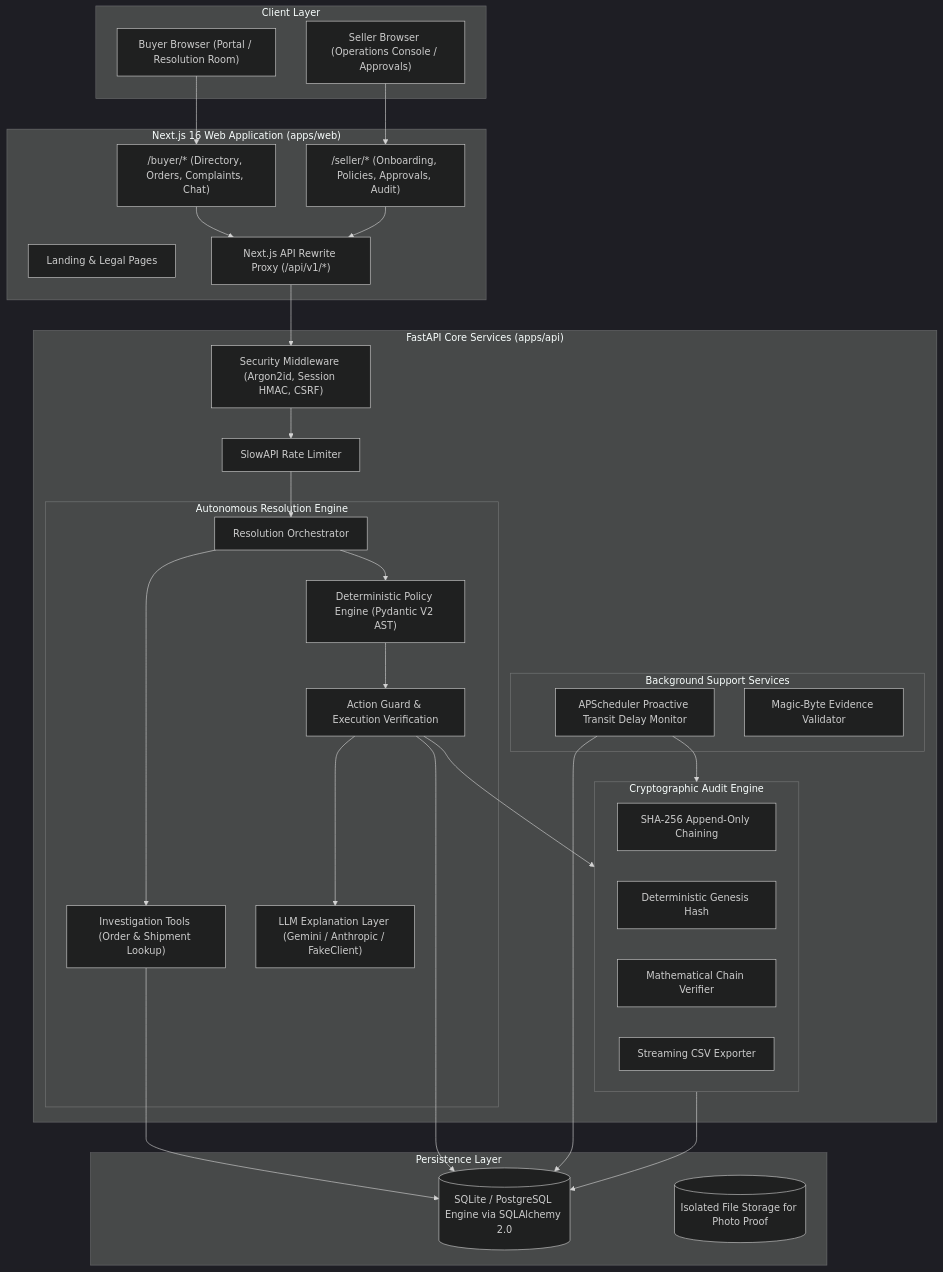
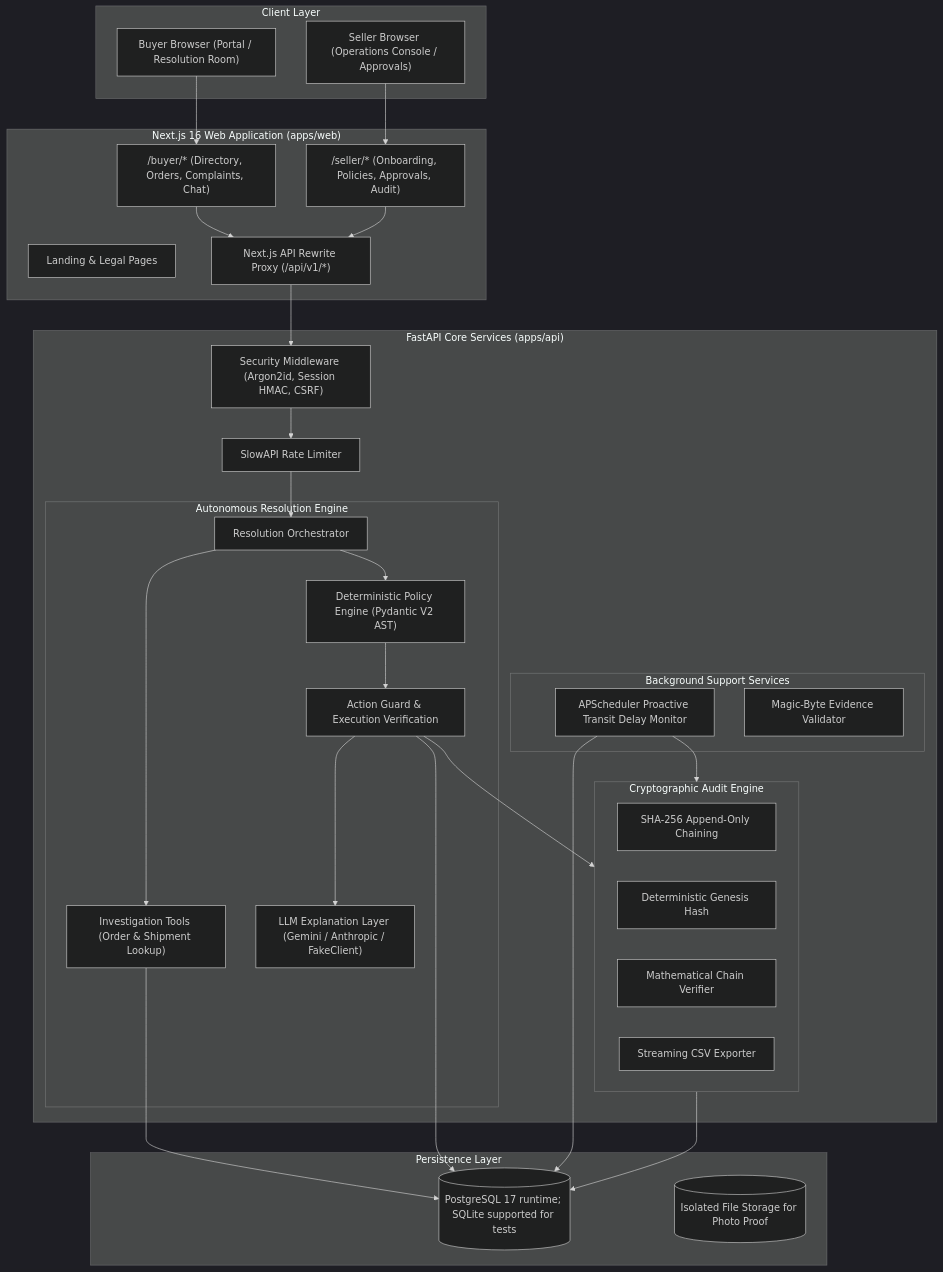
One commit to avinashsinghpal/AgentX_Hackathon changed the first of 2 diagrams in docs/architecture.md. Above: the diagram before and after it, drawn with Mermaid (dark theme). The commit also changed other lines of this file and 100 other files, not shown here.

````diff
--- a/docs/architecture.md
+++ b/docs/architecture.md
@@ -25,64 +25,64 @@
 ```mermaid
 flowchart TD
     subgraph Clients ["Client Layer"]
         Buyer["Buyer Browser (Portal / Resolution Room)"]
         Seller["Seller Browser (Operations Console / Approvals)"]
     end
 
     subgraph WebApp ["Next.js 16 Web Application (apps/web)"]
         Landing["Landing & Legal Pages"]
         BuyerRoutes["/buyer/* (Directory, Orders, Complaints, Chat)"]
         SellerRoutes["/seller/* (Onboarding, Policies, Approvals, Audit)"]
         Proxy["Next.js API Rewrite Proxy (/api/v1/*)"]
     end
 
     subgraph Backend ["FastAPI Core Services (apps/api)"]
         AuthMid["Security Middleware (Argon2id, Session HMAC, CSRF)"]
         RateLimiter["SlowAPI Rate Limiter"]
         
         subgraph AgentEngine ["Autonomous Resolution Engine"]
             Orchestrator["Resolution Orchestrator"]
             InvestigateTools["Investigation Tools (Order & Shipment Lookup)"]
             PolicyEngine["Deterministic Policy Engine (Pydantic V2 AST)"]
             ActionGuard["Action Guard & Execution Verification"]
             LLMClient["LLM Explanation Layer (Gemini / Anthropic / FakeClient)"]
         end
 
         subgraph BackgroundServices ["Background Support Services"]
             DelayMonitor["APScheduler Proactive Transit Delay Monitor"]
             FileValidator["Magic-Byte Evidence Validator"]
         end
 
         subgraph AuditEngine ["Cryptographic Audit Engine"]
             HashChain["SHA-256 Append-Only Chaining"]
             GenesisBlock["Deterministic Genesis Hash"]
             TamperDetector["Mathematical Chain Verifier"]
             CSVStream["Streaming CSV Exporter"]
         end
     end
 
     subgraph Storage ["Persistence Layer"]
-        DB[(SQLite / PostgreSQL Engine via SQLAlchemy 2.0)]
+        DB[(PostgreSQL 17 runtime; SQLite supported for tests)]
         DiskStore[(Isolated File Storage for Photo Proof)]
     end
 
     Buyer --> BuyerRoutes
     Seller --> SellerRoutes
     BuyerRoutes --> Proxy
     SellerRoutes --> Proxy
     Proxy --> AuthMid
     AuthMid --> RateLimiter
     RateLimiter --> Orchestrator
     
     Orchestrator --> InvestigateTools
     InvestigateTools --> DB
     Orchestrator --> PolicyEngine
     PolicyEngine --> ActionGuard
     ActionGuard --> DB
     ActionGuard --> AuditEngine
     ActionGuard --> LLMClient
     
     DelayMonitor --> DB
     DelayMonitor --> AuditEngine
     AuditEngine --> DB
 ```
````
